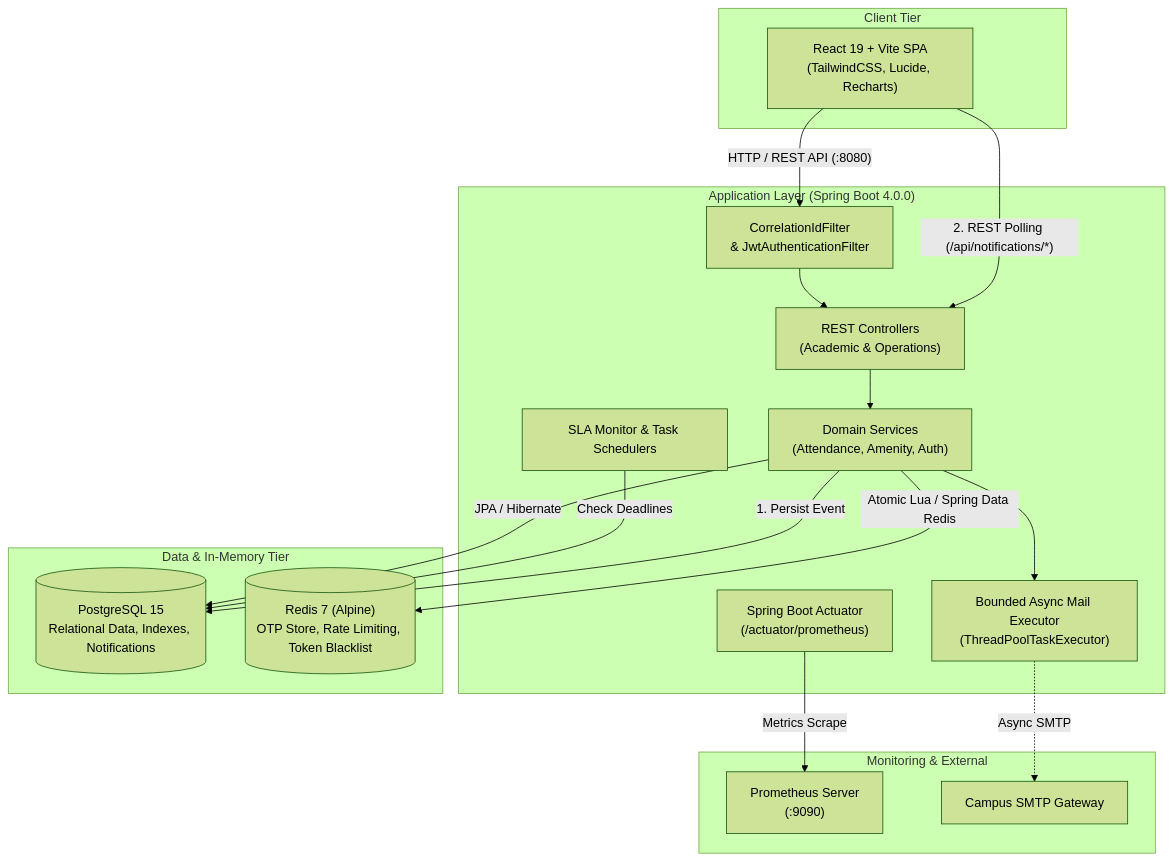
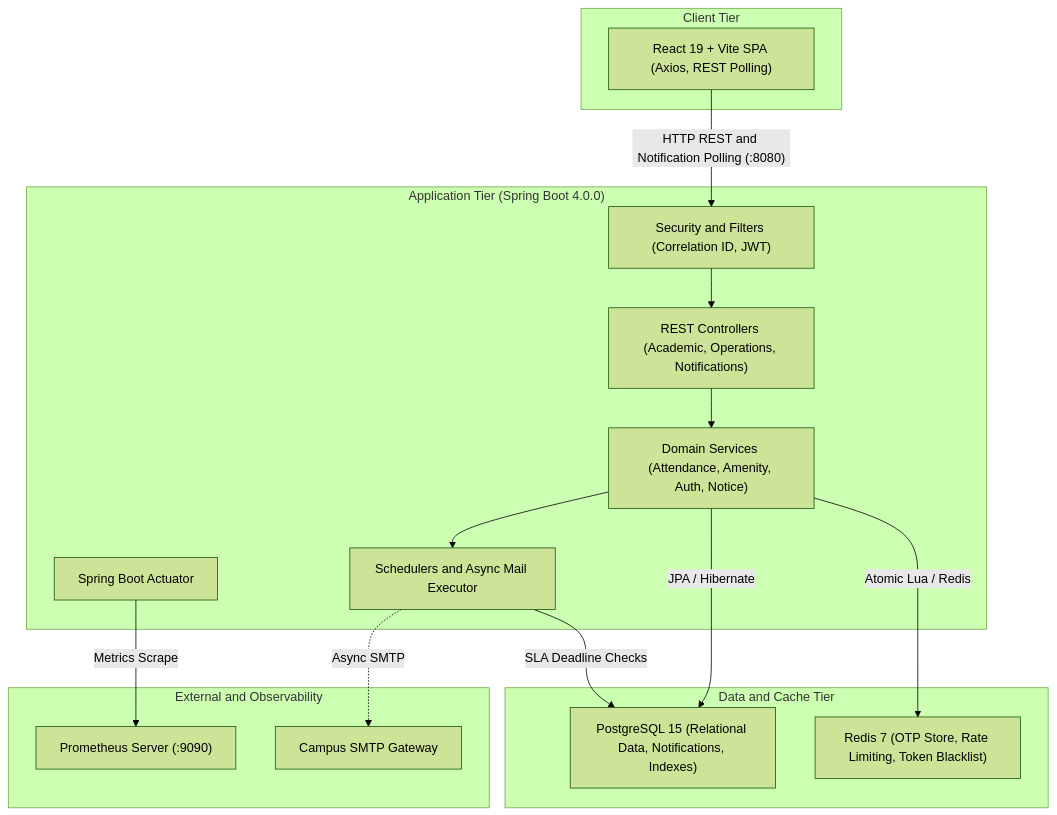
Before and after one commit to RISHABHXVAZ/ProfMojo: the first of 2 diagrams in README.md, drawn with Mermaid (forest theme).

Commit message:
docs: fix README Mermaid architecture diagram

````diff
--- a/README.md
+++ b/README.md
@@ -97,39 +97,34 @@
 ```mermaid
 flowchart TD
     subgraph Client["Client Tier"]
-        UI["React 19 + Vite SPA<br/>(TailwindCSS, Lucide, Recharts)"]
+        UI["React 19 + Vite SPA (Axios, REST Polling)"]
     end
 
-    subgraph Gateway["Application Layer (Spring Boot 4.0.0)"]
-        Filter["CorrelationIdFilter<br/>& JwtAuthenticationFilter"]
-        Controllers["REST Controllers<br/>(Academic & Operations)"]
-        Services["Domain Services<br/>(Attendance, Amenity, Auth)"]
-        Schedulers["SLA Monitor & Task Schedulers"]
-        MailExecutor["Bounded Async Mail Executor<br/>(ThreadPoolTaskExecutor)"]
-        Actuator["Spring Boot Actuator<br/>(/actuator/prometheus)"]
+    subgraph App["Application Tier (Spring Boot 4.0.0)"]
+        Security["Security and Filters (Correlation ID, JWT)"]
+        Controllers["REST Controllers (Academic, Operations, Notifications)"]
+        Services["Domain Services (Attendance, Amenity, Auth, Notice)"]
+        AsyncTasks["Schedulers and Async Mail Executor"]
+        Actuator["Spring Boot Actuator"]
     end
 
-    subgraph Data["Data & In-Memory Tier"]
-        PG[("PostgreSQL 15<br/>Relational Data, Indexes, Notifications")]
-        Redis[("Redis 7 (Alpine)<br/>OTP Store, Rate Limiting, Token Blacklist")]
+    subgraph Data["Data and Cache Tier"]
+        Postgres["PostgreSQL 15 (Relational Data, Notifications, Indexes)"]
+        Redis["Redis 7 (OTP Store, Rate Limiting, Token Blacklist)"]
     end
 
-    subgraph External["Monitoring & External"]
-        Prometheus["Prometheus Server<br/>(:9090)"]
+    subgraph External["External and Observability"]
+        Prometheus["Prometheus Server (:9090)"]
         SMTP["Campus SMTP Gateway"]
     end
 
-    UI -->|"HTTP / REST API (:8080)"| Filter
-    Filter --> Controllers
+    UI -->|"HTTP REST and Notification Polling (:8080)"| Security
+    Security --> Controllers
     Controllers --> Services
-    Services -->|"JPA / Hibernate"| PG
-    Services -->|"Atomic Lua / Spring Data Redis"| Redis
-    Services --> MailExecutor
-    MailExecutor -.->|"Async SMTP"| SMTP
-    Schedulers -->|"Check Deadlines"| PG
+    Services -->|"JPA / Hibernate"| Postgres
+    Services -->|"Atomic Lua / Redis"| Redis
+    Services --> AsyncTasks
+    AsyncTasks -.->|"Async SMTP"| SMTP
+    AsyncTasks -->|"SLA Deadline Checks"| Postgres
     Actuator -->|"Metrics Scrape"| Prometheus
-
-    %% Notification Flow Highlight
-    Services -->|"1. Persist Event"| PG
-    UI -->|"2. REST Polling (/api/notifications/*)"| Controllers
 ```
````
